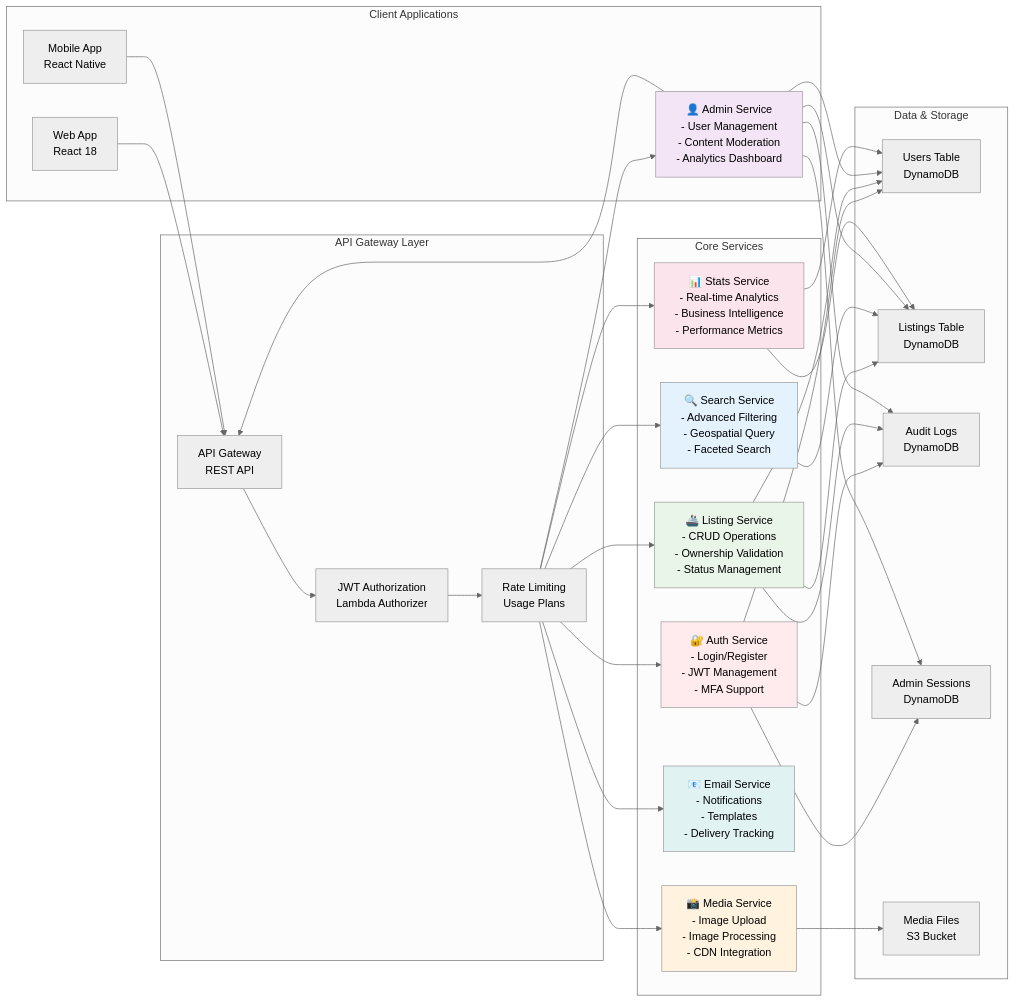
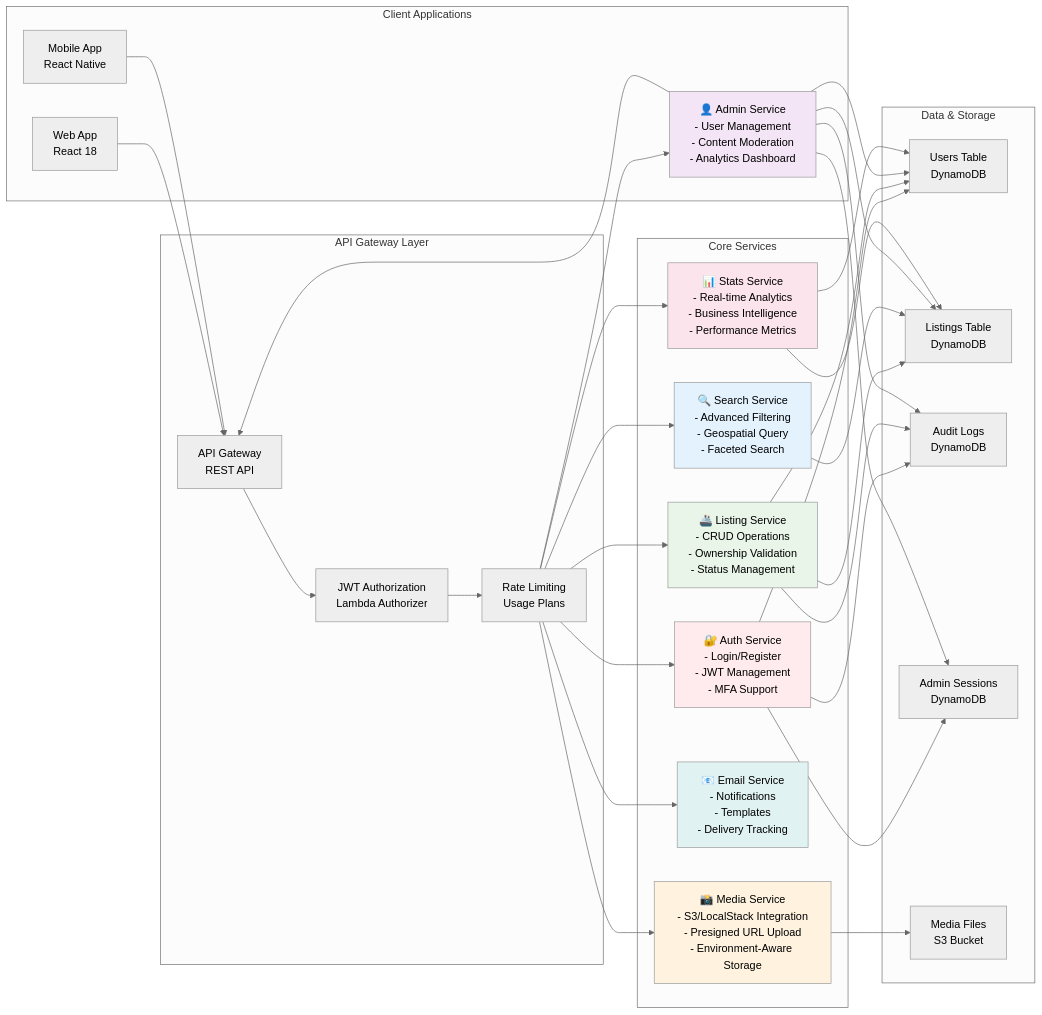
The second of 13 diagrams in docs/architecture/README.md (felixep/harborlist-marketplace), drawn with Mermaid (neutral theme) before and after one commit. The commit also changed other lines of this file and 29 other files, not shown here.

````diff
--- a/docs/architecture/README.md
+++ b/docs/architecture/README.md
@@ -156,81 +156,81 @@
 ```mermaid
 graph LR
     subgraph "Client Applications"
         Web[Web App<br>React 18]
         Mobile[Mobile App<br>React Native]
         Admin[Admin Portal<br>React Dashboard]
     end
     
     subgraph "API Gateway Layer"
         Gateway[API Gateway<br>REST API]
         AuthZ[JWT Authorization<br>Lambda Authorizer]
         RateLimit[Rate Limiting<br>Usage Plans]
     end
     
     subgraph "Core Services"
         Auth[🔐 Auth Service<br>- Login/Register<br>- JWT Management<br>- MFA Support]
         
         Listing[🚢 Listing Service<br>- CRUD Operations<br>- Ownership Validation<br>- Status Management]
         
         Search[🔍 Search Service<br>- Advanced Filtering<br>- Geospatial Query<br>- Faceted Search]
         
         Admin[👤 Admin Service<br>- User Management<br>- Content Moderation<br>- Analytics Dashboard]
         
-        Media[📸 Media Service<br>- Image Upload<br>- Image Processing<br>- CDN Integration]
+        Media[📸 Media Service<br>- S3/LocalStack Integration<br>- Presigned URL Upload<br>- Environment-Aware Storage]
         
         Email[📧 Email Service<br>- Notifications<br>- Templates<br>- Delivery Tracking]
         
         Stats[📊 Stats Service<br>- Real-time Analytics<br>- Business Intelligence<br>- Performance Metrics]
     end
     
     subgraph "Data & Storage"
         Users[Users Table<br>DynamoDB]
         Listings[Listings Table<br>DynamoDB]
         AuditLogs[Audit Logs<br>DynamoDB]
         Sessions[Admin Sessions<br>DynamoDB]
         MediaBucket[Media Files<br>S3 Bucket]
     end
     
     Web --> Gateway
     Mobile --> Gateway
     Admin --> Gateway
     
     Gateway --> AuthZ
     AuthZ --> RateLimit
     
     RateLimit --> Auth
     RateLimit --> Listing
     RateLimit --> Search
     RateLimit --> Admin
     RateLimit --> Media
     RateLimit --> Email
     RateLimit --> Stats
     
     Auth --> Users
     Auth --> Sessions
     Auth --> AuditLogs
     
     Listing --> Listings
     Listing --> Users
     Listing --> AuditLogs
     
     Search --> Listings
     
     Admin --> Users
     Admin --> Listings
     Admin --> AuditLogs
     Admin --> Sessions
     
     Media --> MediaBucket
     
     Stats --> Users
     Stats --> Listings
     
     style Auth fill:#ffebee
     style Listing fill:#e8f5e8
     style Search fill:#e3f2fd
     style Admin fill:#f3e5f5
     style Media fill:#fff3e0
     style Email fill:#e0f2f1
     style Stats fill:#fce4ec
 ```
````
